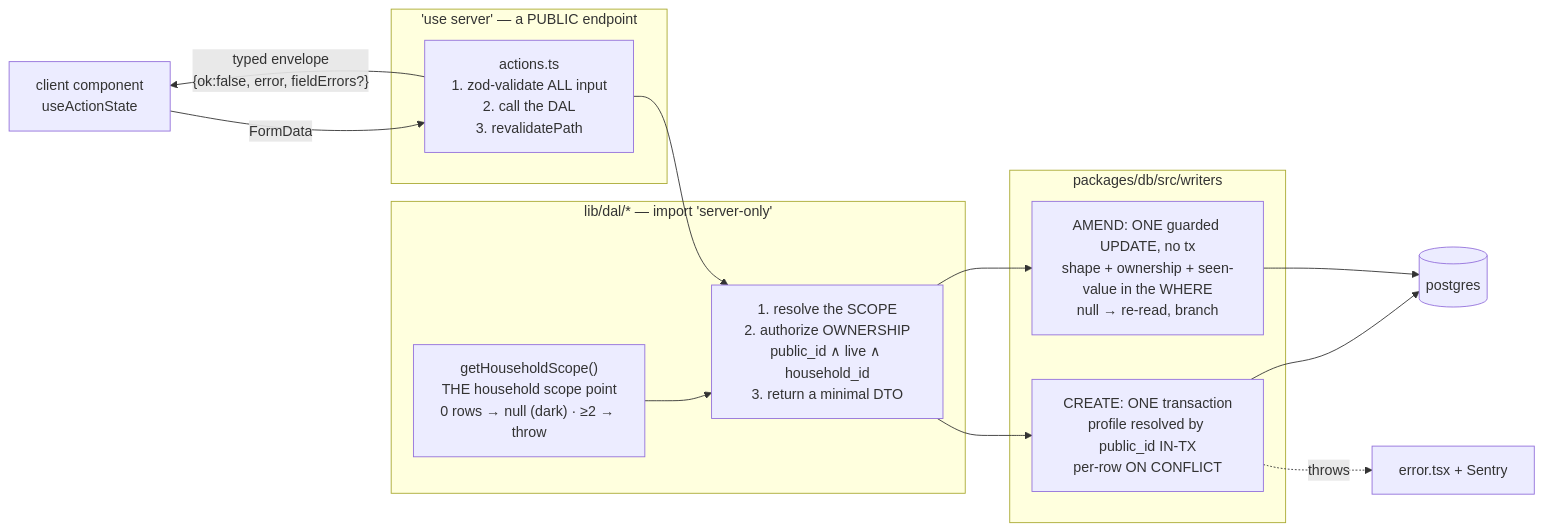
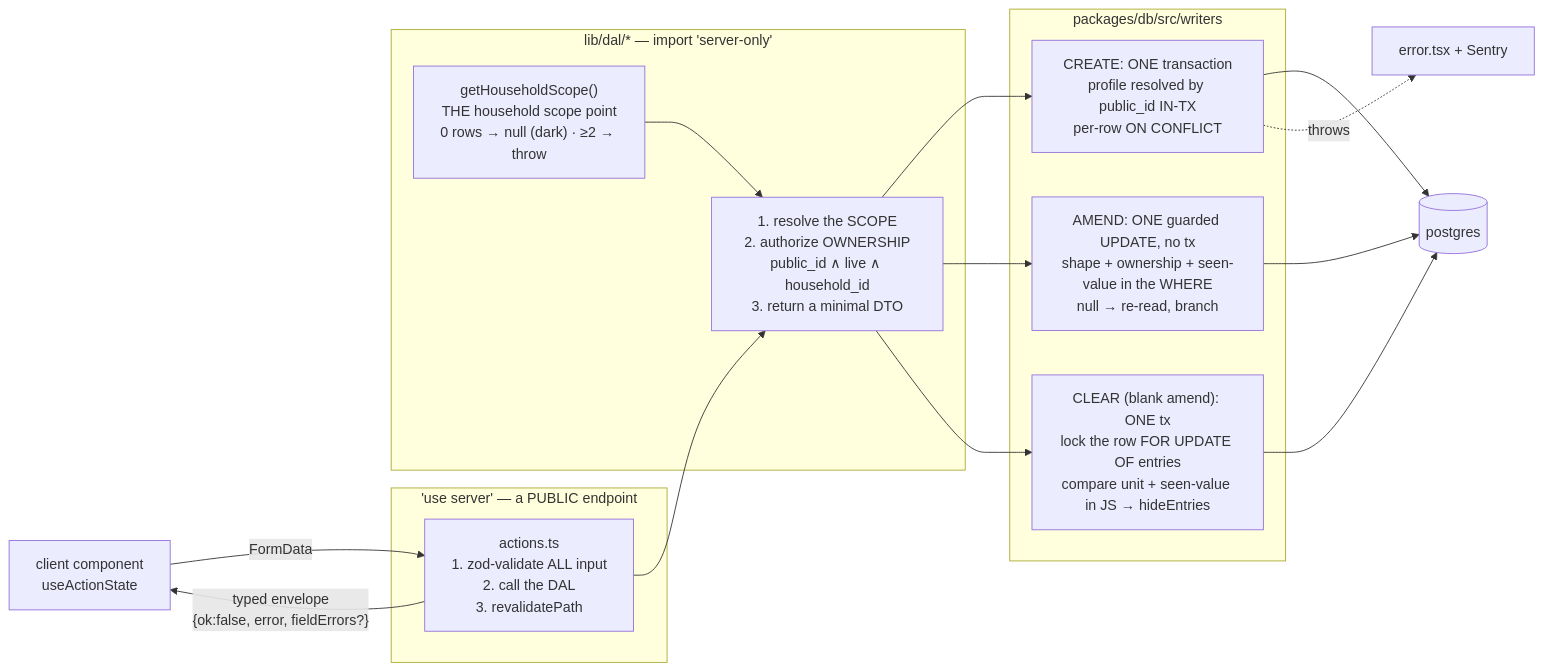
The diagram in docs/features/write-path.md (ralamode/mat-plan), drawn with Mermaid before and after one commit. The commit also changed other lines of this file and 49 other files, not shown here.

First line of the commit message:
feat(v1-24-3b-bw): the bodyweight row logs with a tick, and a blank save clears it (#442)

````diff
--- a/docs/features/write-path.md
+++ b/docs/features/write-path.md
@@ -62,24 +63,26 @@
 ```mermaid
 flowchart LR
   CLIENT["client component<br/>useActionState"] -->|"FormData"| ACTION
 
   subgraph action["'use server' — a PUBLIC endpoint"]
     ACTION["actions.ts<br/>1. zod-validate ALL input<br/>2. call the DAL<br/>3. revalidatePath"]
   end
 
   subgraph dal["lib/dal/* — import 'server-only'"]
     SCOPE["getHouseholdScope()<br/>THE household scope point<br/>0 rows → null (dark) · ≥2 → throw"]
     DALFN["1. resolve the SCOPE<br/>2. authorize OWNERSHIP<br/>public_id ∧ live ∧ household_id<br/>3. return a minimal DTO"]
     SCOPE --> DALFN
   end
 
   subgraph writer["packages/db/src/writers"]
     TX["CREATE: ONE transaction<br/>profile resolved by public_id IN-TX<br/>per-row ON CONFLICT"]
     UPD["AMEND: ONE guarded UPDATE, no tx<br/>shape + ownership + seen-value in the WHERE<br/>null → re-read, branch"]
+    CLR["CLEAR (blank amend): ONE tx<br/>lock the row FOR UPDATE OF entries<br/>compare unit + seen-value in JS → hideEntries"]
   end
 
   ACTION --> DALFN --> TX --> DB[(postgres)]
   DALFN --> UPD --> DB
+  DALFN --> CLR --> DB
   ACTION -->|"typed envelope<br/>{ok:false, error, fieldErrors?}"| CLIENT
   TX -.->|"throws"| ERRBOUND["error.tsx + Sentry"]
 ```
````
